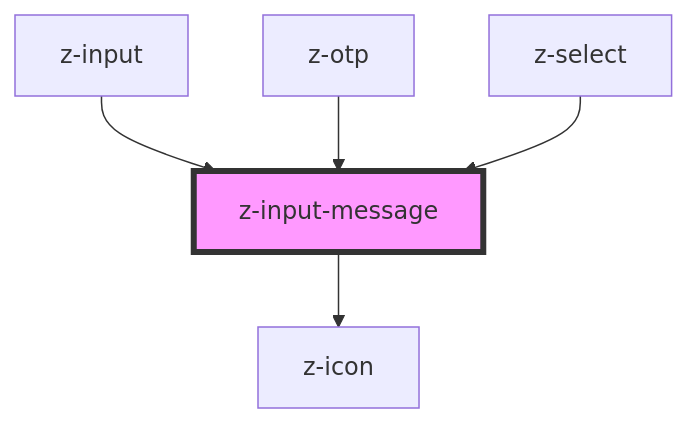
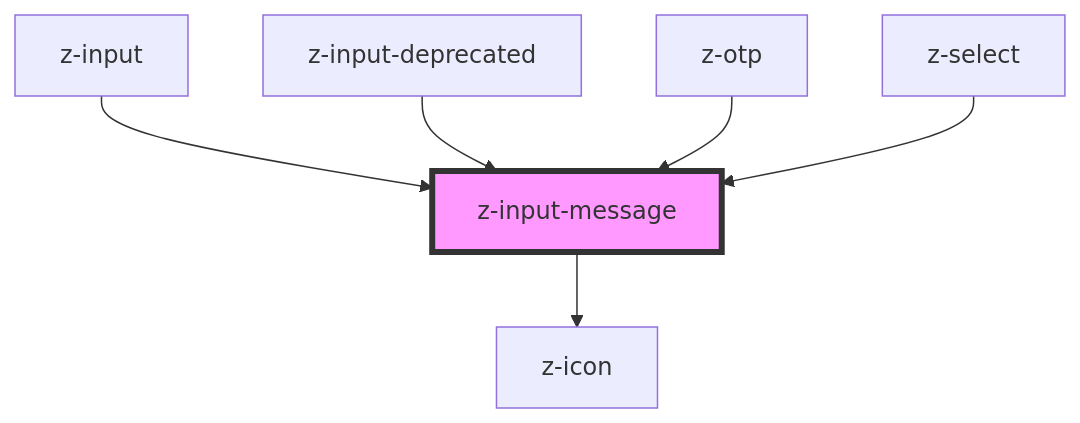
The diagram in src/components/inputs/z-input-message/readme.md (ZanichelliEditore/design-system), drawn with Mermaid before and after one commit. The commit also changed other lines of this file and 22 other files, not shown here.

Commit message:
refactor: deprecated z-input

````diff
--- a/src/components/inputs/z-input-message/readme.md
+++ b/src/components/inputs/z-input-message/readme.md
@@ -29,8 +30,9 @@
 ```mermaid
 graph TD;
   z-input-message --> z-icon
   z-input --> z-input-message
+  z-input-deprecated --> z-input-message
   z-otp --> z-input-message
   z-select --> z-input-message
   style z-input-message fill:#f9f,stroke:#333,stroke-width:4px
 ```
````
